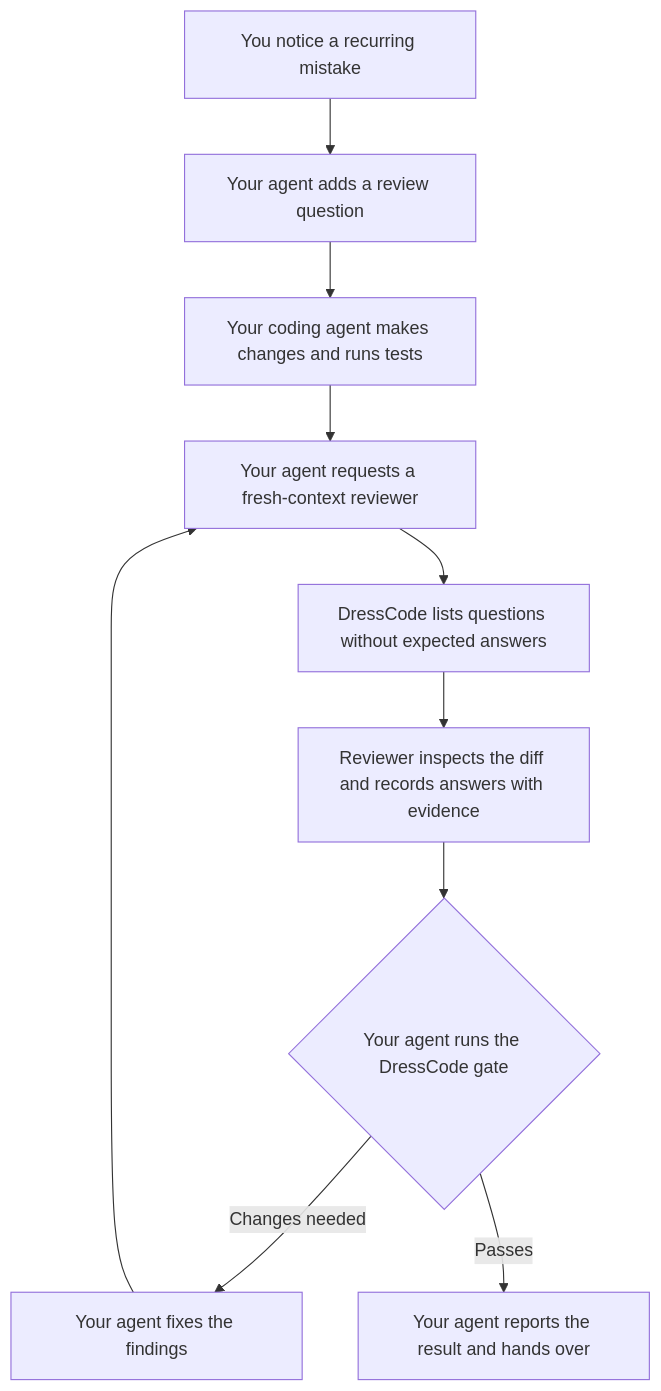
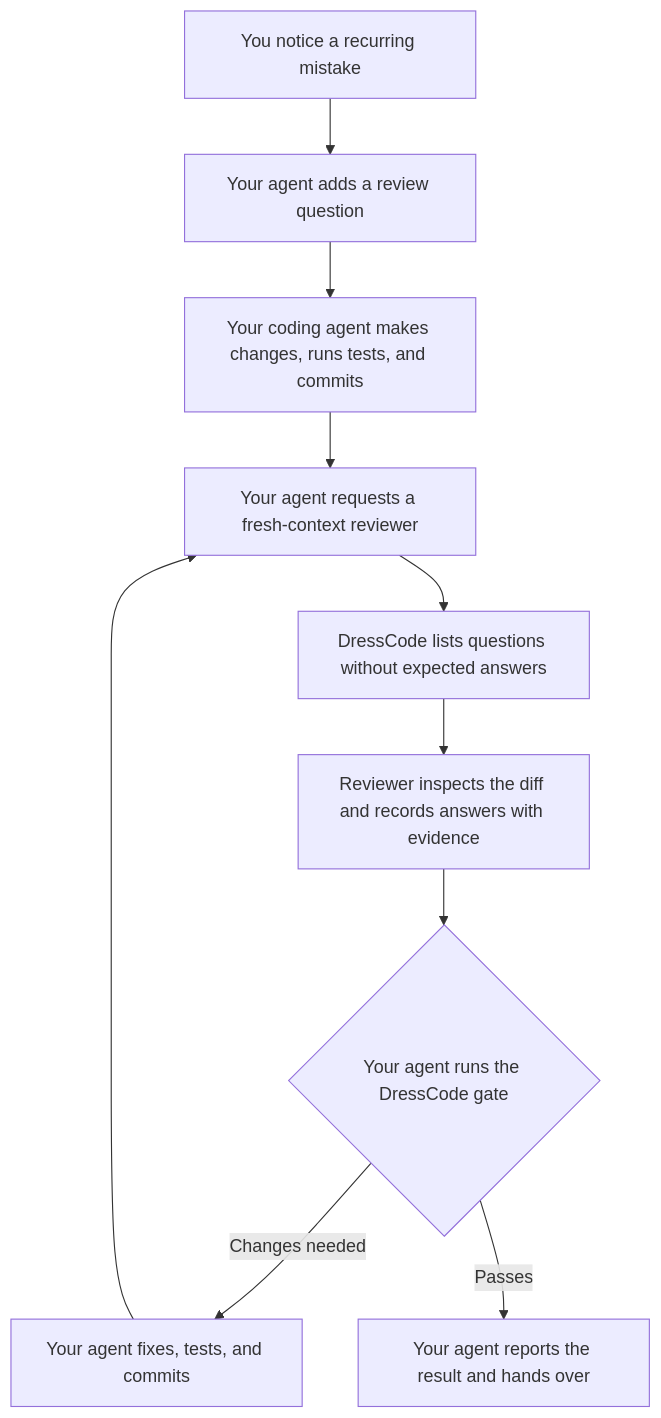
Before and after one commit to Q-back/DressCode: the diagram in README.md, drawn with Mermaid. The commit also changed other lines of this file and 35 other files, not shown here.

````diff
--- a/README.md
+++ b/README.md
@@ -38,12 +39,12 @@
 ```mermaid
 flowchart TD
     You[You notice a recurring mistake] --> Rule[Your agent adds a review question]
-    Rule --> Code[Your coding agent makes changes and runs tests]
+    Rule --> Code[Your coding agent makes changes, runs tests, and commits]
     Code --> Review[Your agent requests a fresh-context reviewer]
     Review --> Questions[DressCode lists questions without expected answers]
     Questions --> Evidence[Reviewer inspects the diff and records answers with evidence]
     Evidence --> Gate{Your agent runs the DressCode gate}
-    Gate -->|Changes needed| Fix[Your agent fixes the findings]
+    Gate -->|Changes needed| Fix[Your agent fixes, tests, and commits]
     Fix --> Review
     Gate -->|Passes| Done[Your agent reports the result and hands over]
 ```
````
